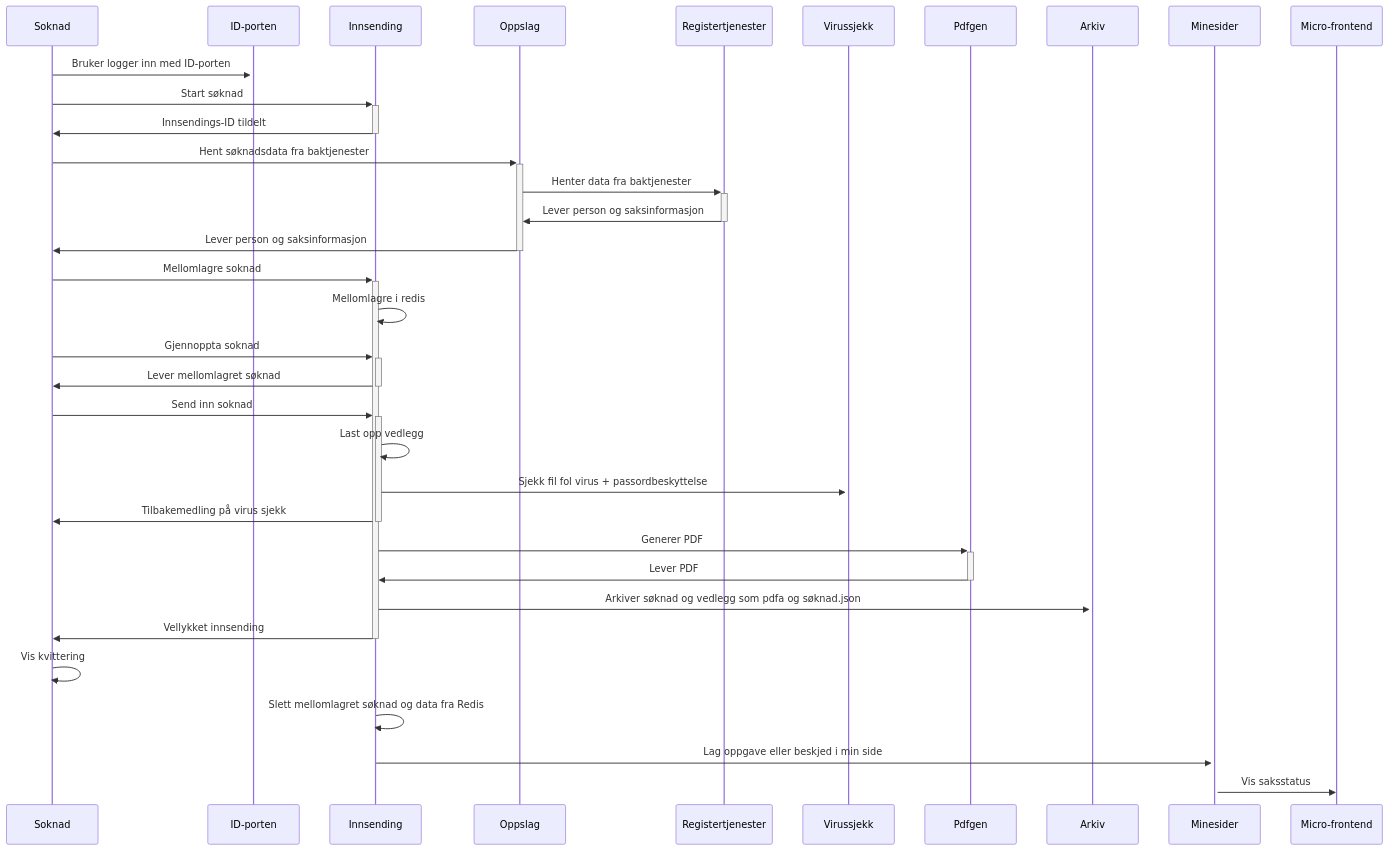
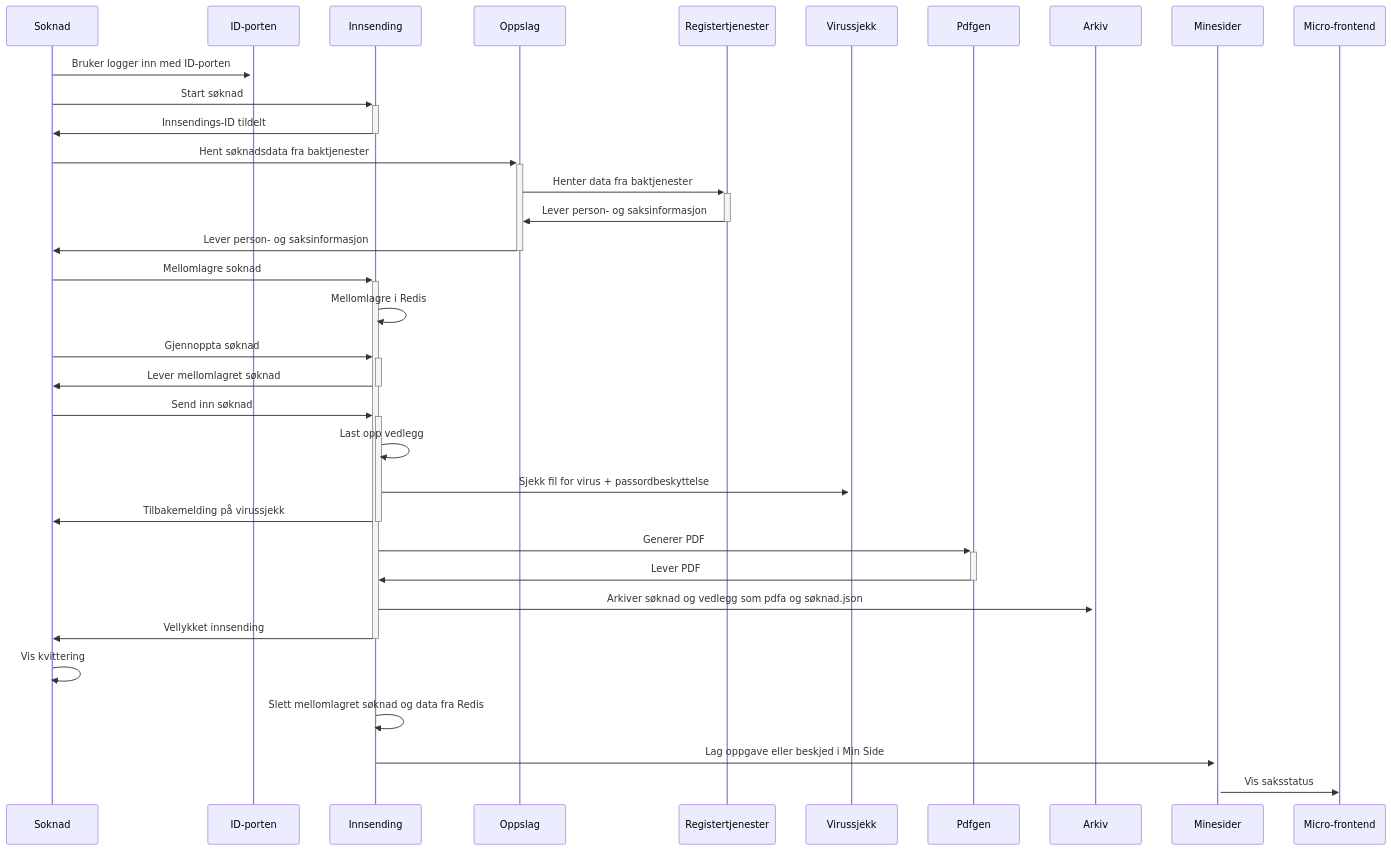
The diagram in dokumentasjon/docs/funksjonalitet/02_Søknad/soknad_til_arkiv.md (navikt/aap-intern-sysdok), drawn with Mermaid before and after one commit. The commit also changed 18 other files, not shown here.

````diff
--- a/dokumentasjon/docs/funksjonalitet/02_Søknad/soknad_til_arkiv.md
+++ b/dokumentasjon/docs/funksjonalitet/02_Søknad/soknad_til_arkiv.md
@@ -3,26 +3,26 @@
 ```mermaid
 sequenceDiagram
     Soknad->>+ID-porten: Bruker logger inn med ID-porten
     Soknad->>+Innsending: Start søknad
     Innsending->>-Soknad: Innsendings-ID tildelt
     Soknad->>+Oppslag: Hent søknadsdata fra baktjenester
     Oppslag->>+Registertjenester: Henter data fra baktjenester
-    Registertjenester->>-Oppslag: Lever person og saksinformasjon
-    Oppslag->>-Soknad: Lever person og saksinformasjon
+    Registertjenester->>-Oppslag: Lever person- og saksinformasjon
+    Oppslag->>-Soknad: Lever person- og saksinformasjon
     Soknad->>+Innsending: Mellomlagre soknad
-    Innsending->>Innsending: Mellomlagre i redis
-    Soknad->>+Innsending: Gjennoppta soknad
+    Innsending->>Innsending: Mellomlagre i Redis
+    Soknad->>+Innsending: Gjennoppta søknad
     Innsending->>-Soknad: Lever mellomlagret søknad
-    Soknad->>+Innsending: Send inn soknad
+    Soknad->>+Innsending: Send inn søknad
     Innsending->>Innsending: Last opp vedlegg
-    Innsending->>+Virussjekk: Sjekk fil fol virus + passordbeskyttelse
-    Innsending->>-Soknad: Tilbakemedling på virus sjekk
+    Innsending->>+Virussjekk: Sjekk fil for virus + passordbeskyttelse
+    Innsending->>-Soknad: Tilbakemelding på virussjekk
     Innsending->>+Pdfgen: Generer PDF
     Pdfgen->>-Innsending: Lever PDF
     Innsending->>+Arkiv: Arkiver søknad og vedlegg som pdfa og søknad.json
     Innsending->>-Soknad: Vellykket innsending
     Soknad->>Soknad : Vis kvittering
     Innsending->>Innsending: Slett mellomlagret søknad og data fra Redis
-    Innsending->>+Minesider: Lag oppgave eller beskjed i min side
+    Innsending->>+Minesider: Lag oppgave eller beskjed i Min Side
     Minesider->>Micro-frontend: Vis saksstatus
 ```
````
